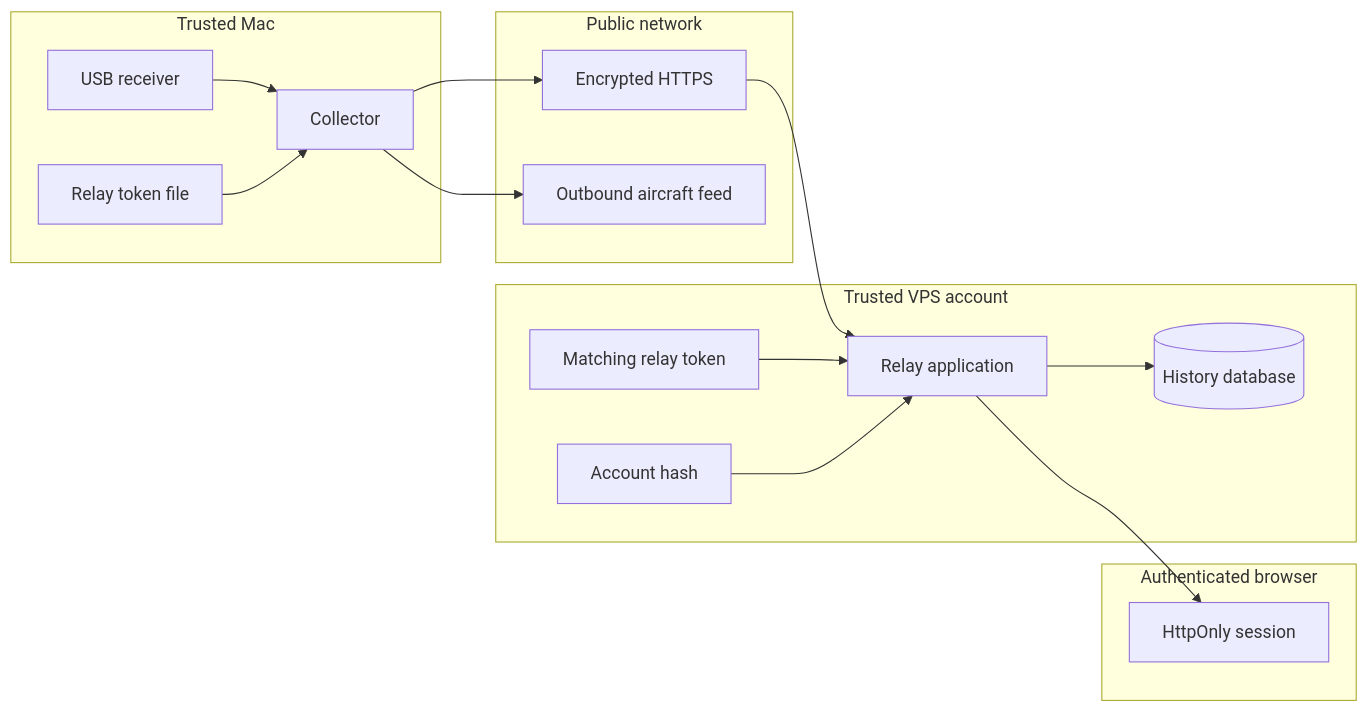
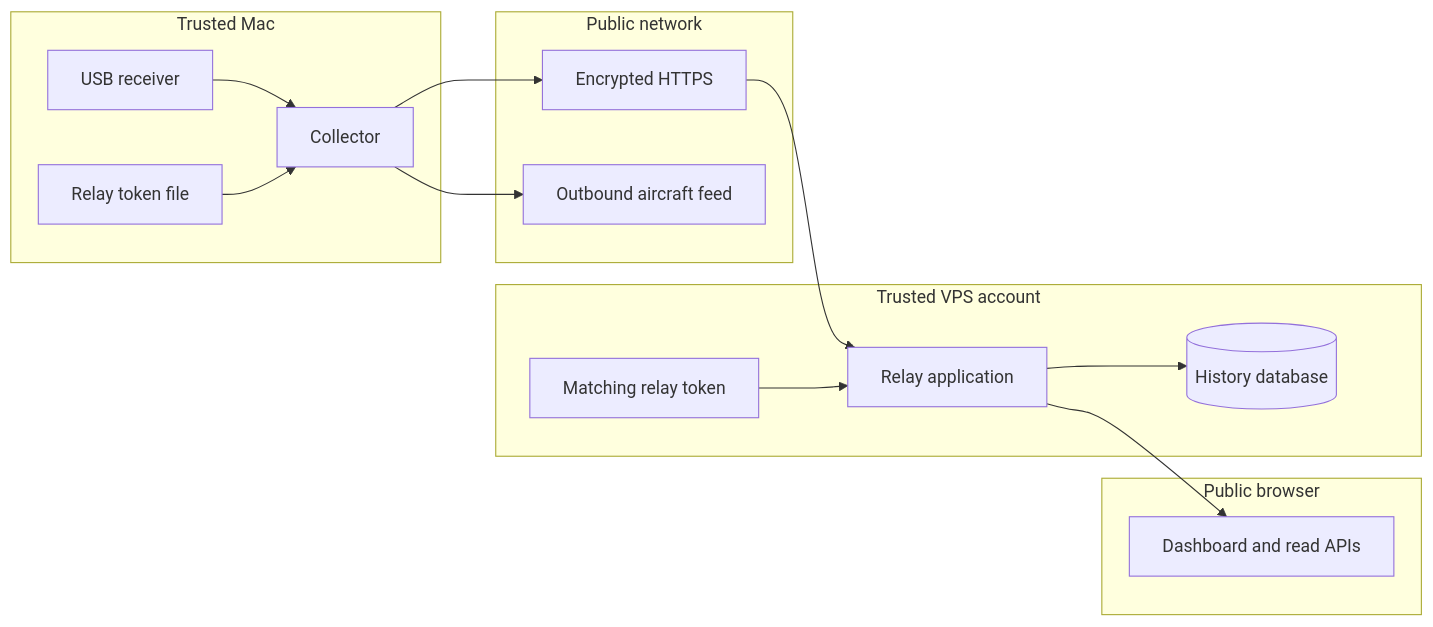
One commit to ramideltoro/antenna_observatory changed the fourth of 5 diagrams in wiki-site/docs/architecture.md. Above: the diagram before and after it, drawn with Mermaid. The commit also changed other lines of this file and 44 other files, not shown here.

````diff
--- a/wiki-site/docs/architecture.md
+++ b/wiki-site/docs/architecture.md
@@ -73,29 +73,27 @@
 ```mermaid
 flowchart LR
     subgraph T1[Trusted Mac]
       USB[USB receiver]
       COL[Collector]
       TOKEN1[Relay token file]
     end
     subgraph T2[Public network]
       HTTPS[Encrypted HTTPS]
       TCP[Outbound aircraft feed]
     end
     subgraph T3[Trusted VPS account]
       APP[Relay application]
       TOKEN2[Matching relay token]
-      AUTH[Account hash]
       DB[(History database)]
     end
-    subgraph T4[Authenticated browser]
-      SESSION[HttpOnly session]
+    subgraph T4[Public browser]
+      DASH[Dashboard and read APIs]
     end
     USB --> COL
     TOKEN1 --> COL
     COL --> HTTPS --> APP
     TOKEN2 --> APP
-    AUTH --> APP
     APP --> DB
-    APP --> SESSION
+    APP --> DASH
     COL --> TCP
 ```
````
